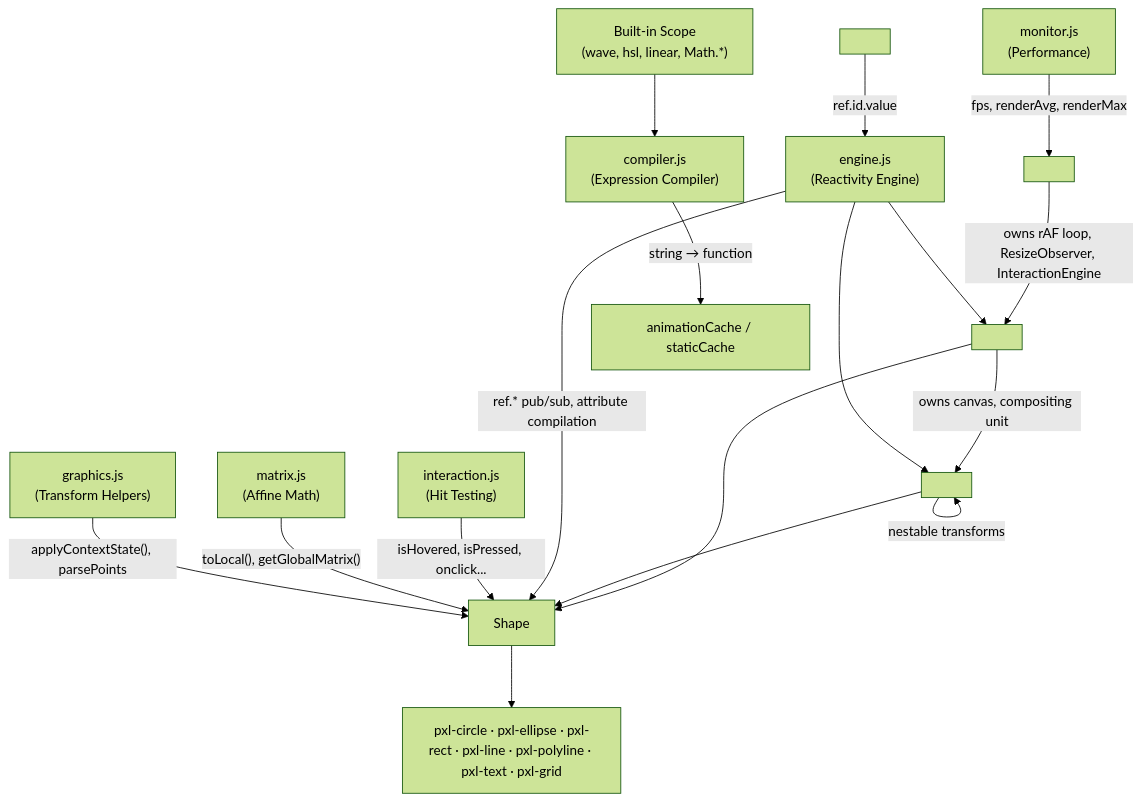
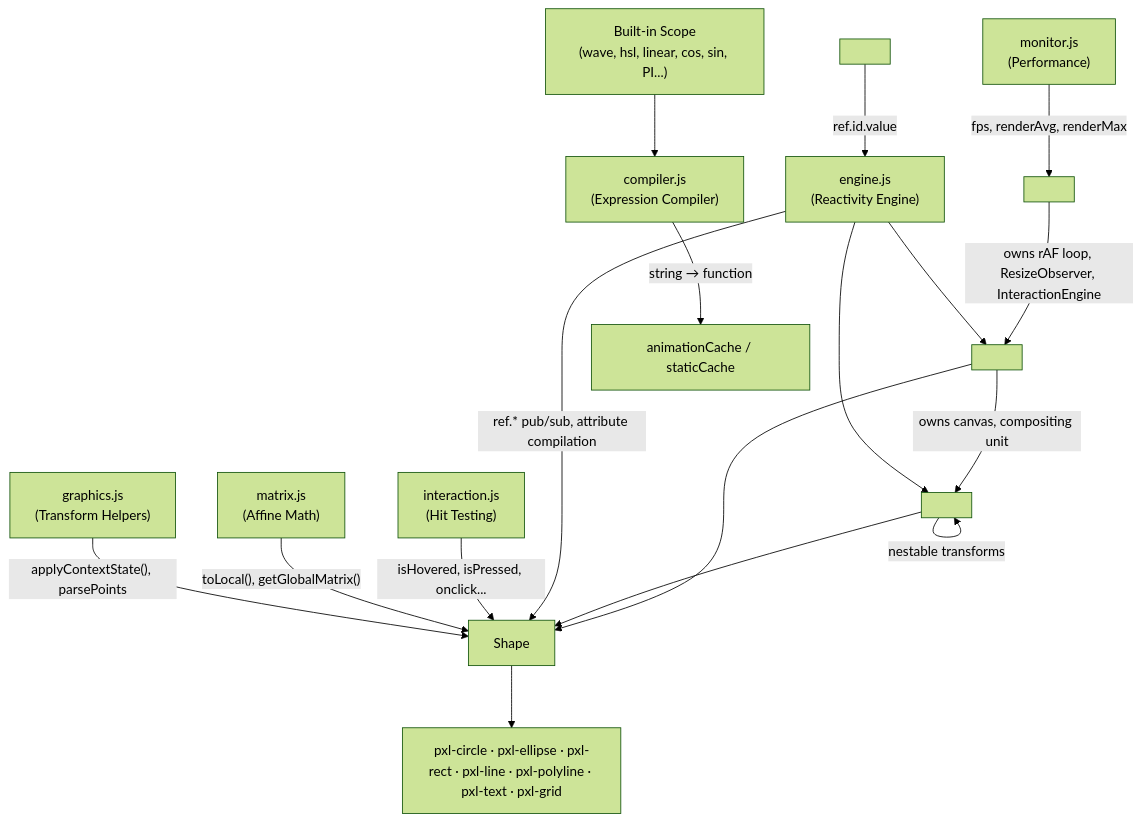
Before and after one commit to woodoo-labs/kilopixel: the diagram in .agents/KILOPIXEL.md, drawn with Mermaid (forest theme). The commit also changed other lines of this file and 12 other files, not shown here.

````diff
--- a/.agents/KILOPIXEL.md
+++ b/.agents/KILOPIXEL.md
@@ -53,22 +53,22 @@
 ```mermaid
 graph TD
     A["<pxl-stage>"] -->|"owns rAF loop, ResizeObserver, InteractionEngine"| B["<pxl-layer>"]
     B -->|"owns canvas, compositing unit"| C["<pxl-group>"]
     B --> D["Shape"]
     C -->|"nestable transforms"| C
     C --> D
     D --> E["pxl-circle · pxl-ellipse · pxl-rect · pxl-line · pxl-polyline · pxl-text · pxl-grid"]
 
     F["compiler.js<br/>(Expression Compiler)"] -->|"string → function"| G["animationCache / staticCache"]
-    I["Built-in Scope<br/>(wave, hsl, linear, Math.*)"] --> F
+    I["Built-in Scope<br/>(wave, hsl, linear, cos, sin, PI...)"] --> F
 
     H["engine.js<br/>(Reactivity Engine)"] -->|"ref.* pub/sub, attribute compilation"| D
     H --> B
     H --> C
 
     J["<pxl-var>"] -->|"ref.id.value"| H
     K["monitor.js<br/>(Performance)"] -->|"fps, renderAvg, renderMax"| A
     L["interaction.js<br/>(Hit Testing)"] -->|"isHovered, isPressed, onclick..."| D
     M["matrix.js<br/>(Affine Math)"] -->|"toLocal(), getGlobalMatrix()"| D
     N["graphics.js<br/>(Transform Helpers)"] -->|"applyContextState(), parsePoints"| D
 ```
````
